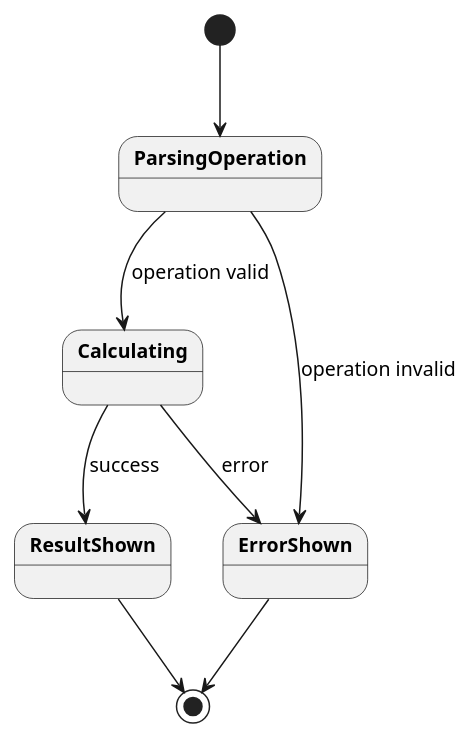
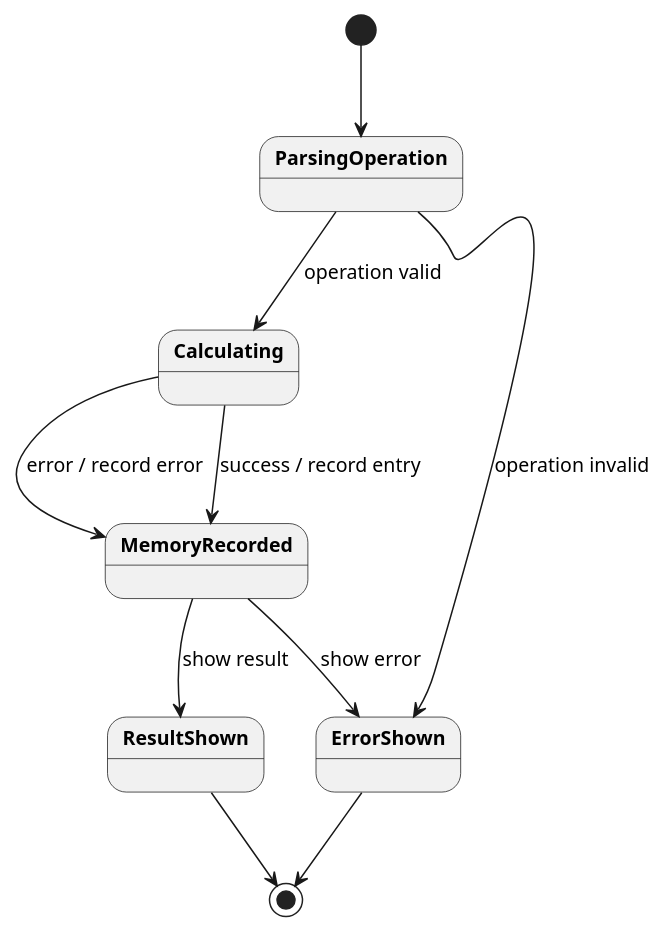
One commit to DanielRiha8906/Software_autoevolution_using_agents changed the diagram in experiments/supervisor_as_tools/user_stories/calculator/artifacts/state_diagram_command.puml. Above: the diagram before and after it, drawn with PlantUML. The commit also changed 18 other files, not shown here.

```diff
--- a/experiments/supervisor_as_tools/user_stories/calculator/artifacts/state_diagram_command.puml
+++ b/experiments/supervisor_as_tools/user_stories/calculator/artifacts/state_diagram_command.puml
@@ -1,19 +1,22 @@
 @startuml state_diagram_command
 
 skinparam defaultFontSize 13
 skinparam stateFontStyle bold
 
 top to bottom direction
 
 [*] --> ParsingOperation
 
 ParsingOperation --> Calculating : operation valid
 ParsingOperation --> ErrorShown : operation invalid
 
-Calculating --> ResultShown : success
-Calculating --> ErrorShown : error
+Calculating --> MemoryRecorded : success / record entry
+Calculating --> MemoryRecorded : error / record error
+
+MemoryRecorded --> ResultShown : show result
+MemoryRecorded --> ErrorShown : show error
 
 ResultShown --> [*]
 ErrorShown --> [*]
 
 @enduml
```
